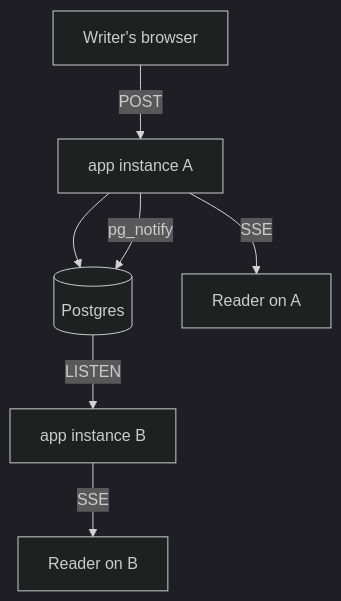
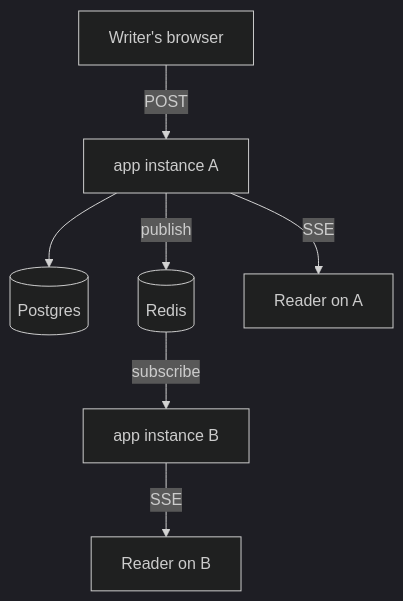
The fourth of 4 diagrams in README.md (doubleoevan/carlnotes), drawn with Mermaid (dark theme) before and after one commit. The commit also changed other lines of this file and 95 other files, not shown here.

````diff
--- a/README.md
+++ b/README.md
@@ -90,9 +91,9 @@
 ```mermaid
 flowchart
     Writer[Writer's browser] -->|POST| App1["app instance A"]
     App1 --> Postgres[(Postgres)]
-    App1 -->|pg_notify| Postgres
-    Postgres -->|LISTEN| App2["app instance B"]
+    App1 -->|publish| Redis[(Redis)]
+    Redis -->|subscribe| App2["app instance B"]
     App1 -->|SSE| ReaderA[Reader on A]
     App2 -->|SSE| ReaderB[Reader on B]
 ```
````
